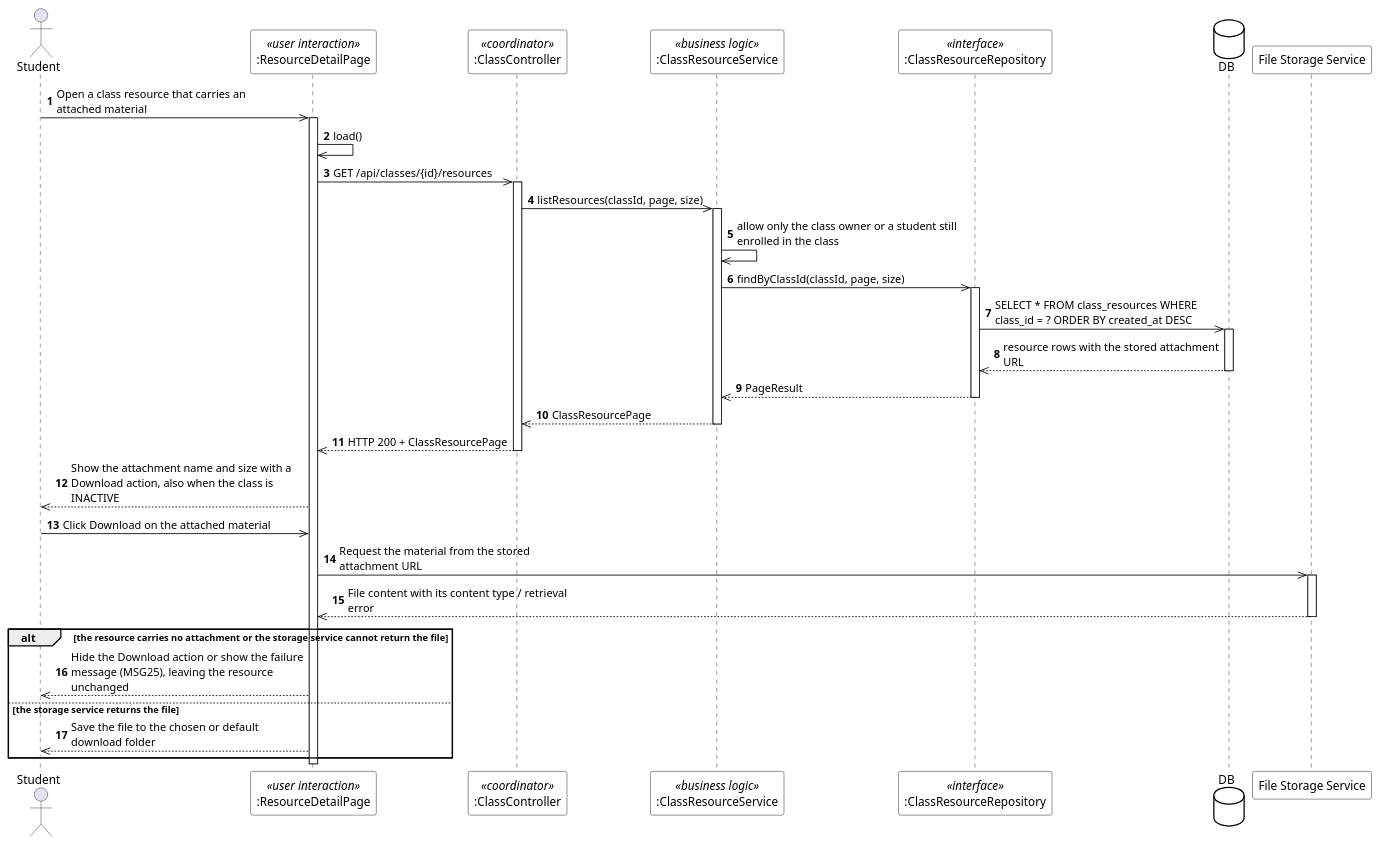
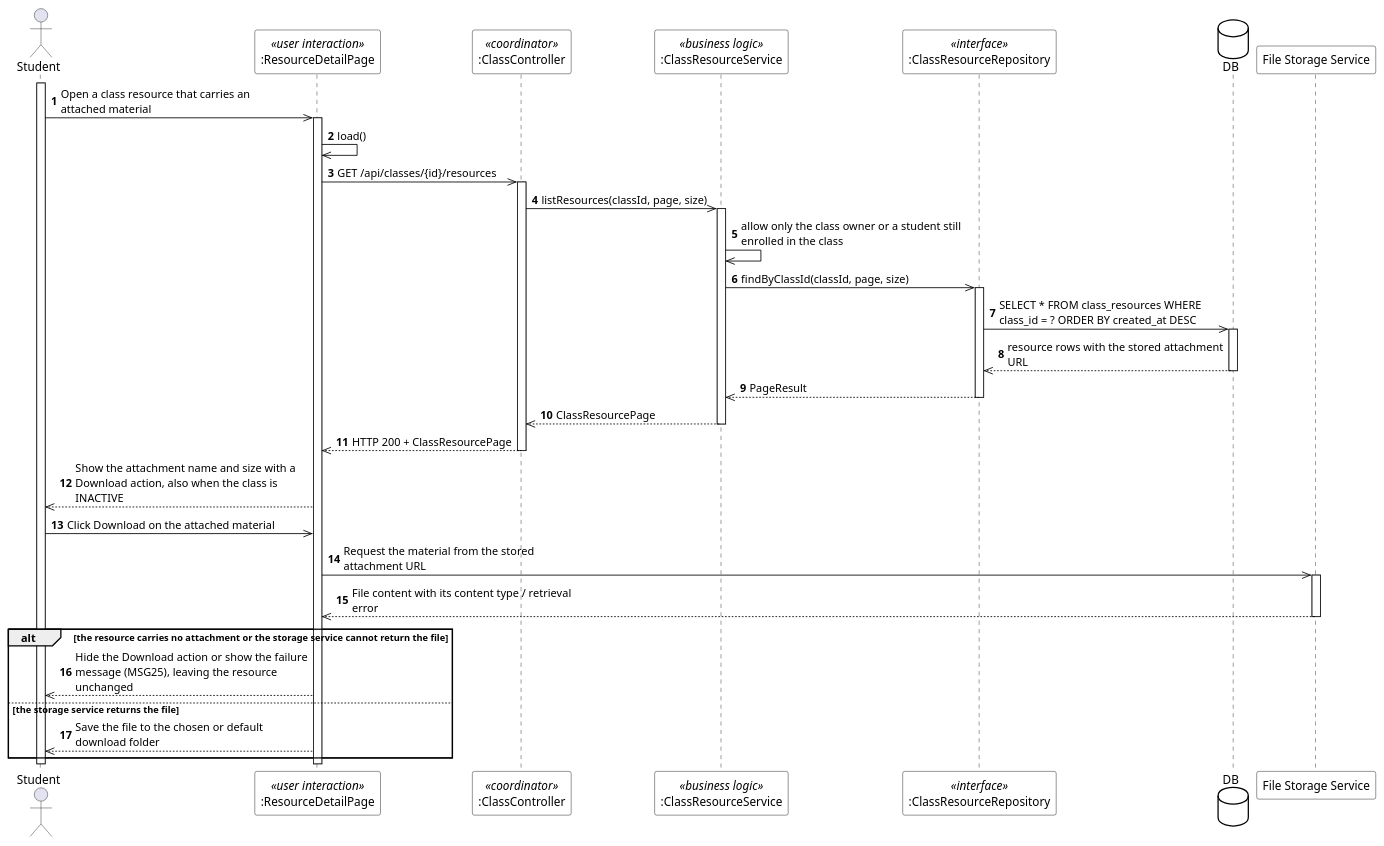
The diagram in designs/sds-diagrams/uc45/uc45_sequence_stereo.puml (EduA-system/EduA-system), drawn with PlantUML before and after one commit. The commit also changed 377 other files, not shown here.

Commit message:
hình sequence diagram mới

```diff
--- a/designs/sds-diagrams/uc45/uc45_sequence_stereo.puml
+++ b/designs/sds-diagrams/uc45/uc45_sequence_stereo.puml
@@ -1,55 +1,57 @@
 @startuml UC-45 Download Assigned Material - Sequence Diagram (stereo)
 skinparam defaultFontName "Segoe UI"
 skinparam shadowing false
 skinparam ParticipantBackgroundColor #FFFFFF
 skinparam ParticipantBorderColor #000000
 skinparam DatabaseBackgroundColor #FFFFFF
 skinparam DatabaseBorderColor #000000
 skinparam ArrowColor #000000
 skinparam sequenceMessageAlign left
 skinparam maxMessageSize 280
 
 actor Student
 participant ":ResourceDetailPage" as UI <<user interaction>>
 participant ":ClassController" as CTL <<coordinator>>
 participant ":ClassResourceService" as SVC <<business logic>>
 participant ":ClassResourceRepository" as REPO <<interface>>
 database DB
 participant "File Storage Service" as STORAGE
 
 autonumber
+activate Student
 Student ->> UI : Open a class resource that carries an attached material
 activate UI
 UI ->> UI : load()
 UI ->> CTL : GET /api/classes/{id}/resources
 activate CTL
 CTL ->> SVC : listResources(classId, page, size)
 activate SVC
 SVC ->> SVC : allow only the class owner or a student still enrolled in the class
 SVC ->> REPO : findByClassId(classId, page, size)
 activate REPO
 REPO ->> DB : SELECT * FROM class_resources WHERE class_id = ? ORDER BY created_at DESC
 activate DB
 DB -->> REPO : resource rows with the stored attachment URL
 deactivate DB
 REPO -->> SVC : PageResult
 deactivate REPO
 SVC -->> CTL : ClassResourcePage
 deactivate SVC
 CTL -->> UI : HTTP 200 + ClassResourcePage
 deactivate CTL
 UI -->> Student : Show the attachment name and size with a Download action, also when the class is INACTIVE
 
 Student ->> UI : Click Download on the attached material
 UI ->> STORAGE : Request the material from the stored attachment URL
 activate STORAGE
 STORAGE -->> UI : File content with its content type / retrieval error
 deactivate STORAGE
 
 alt the resource carries no attachment or the storage service cannot return the file
   UI -->> Student : Hide the Download action or show the failure message (MSG25), leaving the resource unchanged
 else the storage service returns the file
   UI -->> Student : Save the file to the chosen or default download folder
 end
 deactivate UI
+deactivate Student
 @enduml
```
